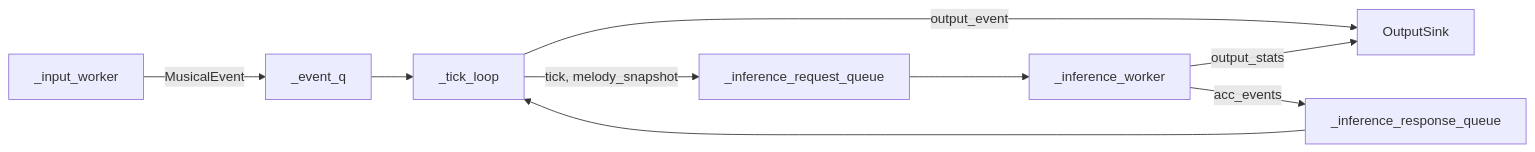
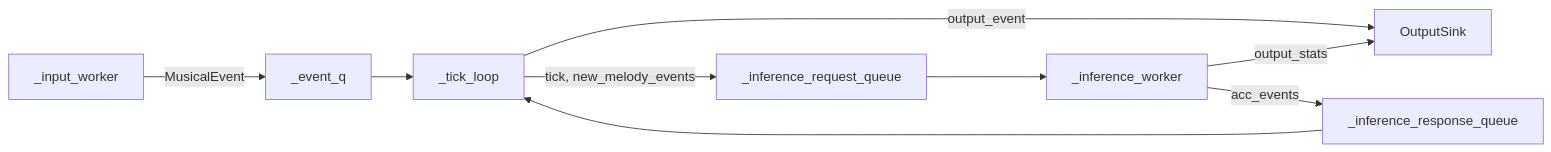
One commit to StreamMUSE/StreamMUSE-v1 changed the second of 2 diagrams in docs/architecture/overview.md. Above: the diagram before and after it, drawn with Mermaid. The commit also changed other lines of this file and 32 other files, not shown here.

````diff
--- a/docs/architecture/overview.md
+++ b/docs/architecture/overview.md
@@ -90,11 +90,11 @@
 ```mermaid
 graph LR
     IW[_input_worker] -->|MusicalEvent| EQ[_event_q]
     EQ --> TL[_tick_loop]
     TL -->|output_event| OS[OutputSink]
-    TL -->|tick, melody_snapshot| IRQ[_inference_request_queue]
+    TL -->|tick, new_melody_events| IRQ[_inference_request_queue]
     IRQ --> InfW[_inference_worker]
     InfW -->|acc_events| IRSQ[_inference_response_queue]
     IRSQ --> TL
     InfW -->|output_stats| OS
 ```
````
